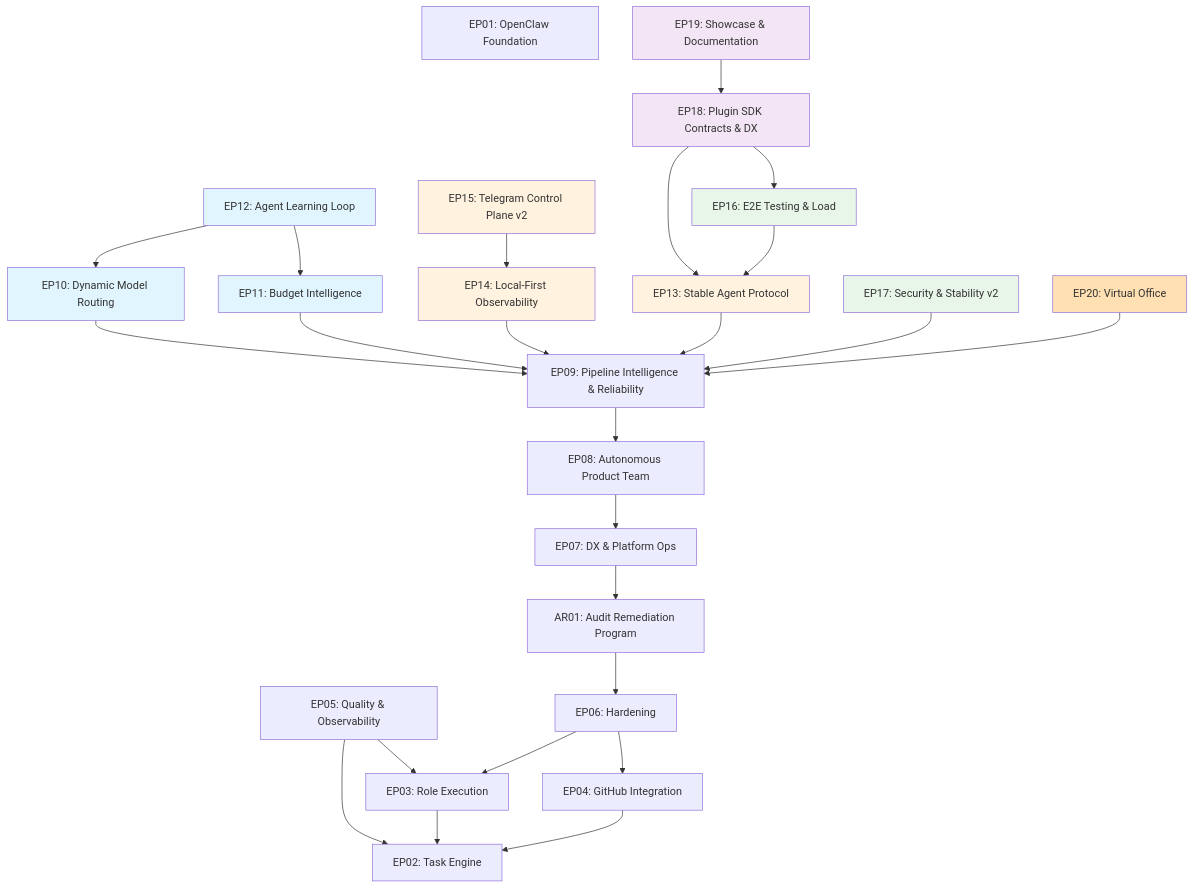
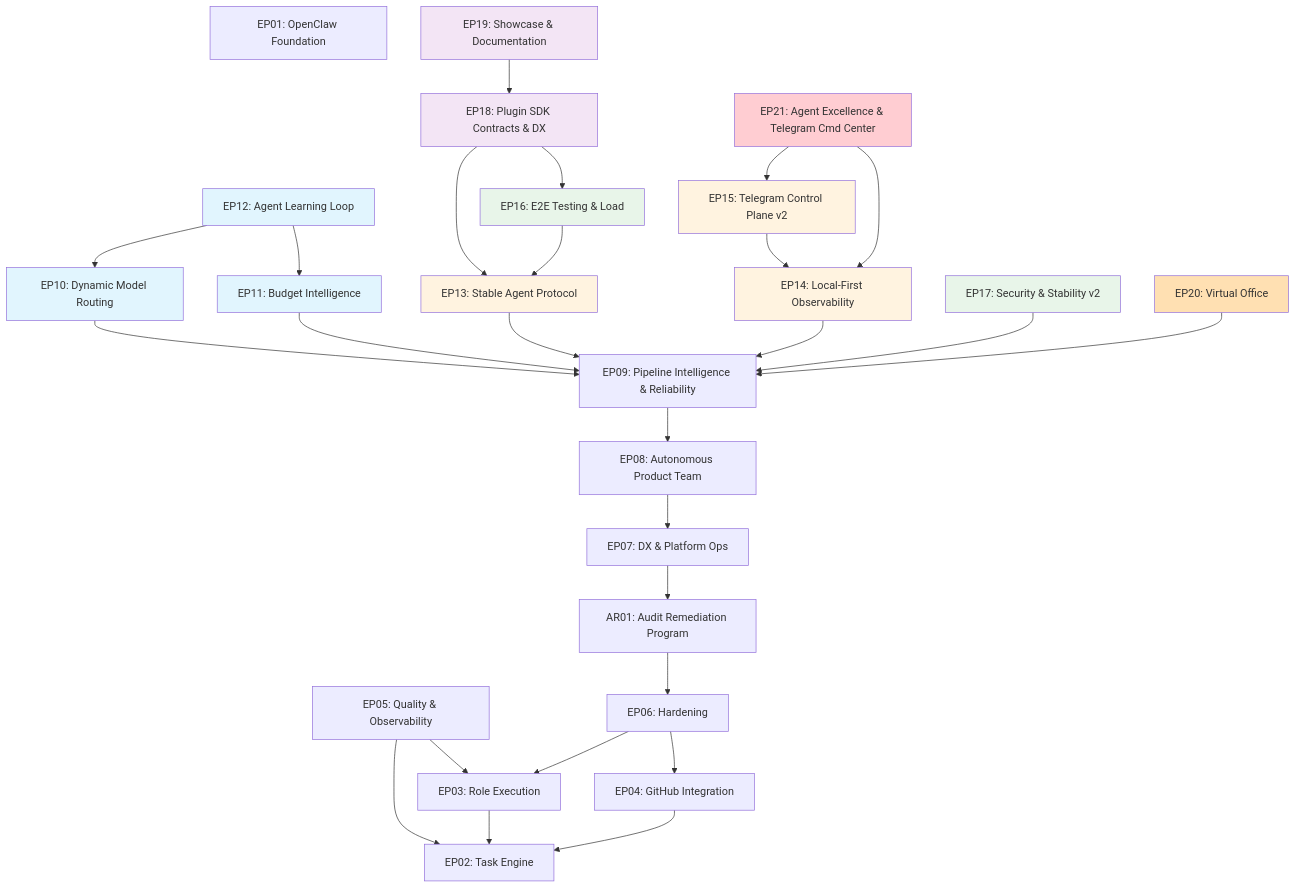
Before and after one commit to Monkey-D-Luisi/vibe-flow: the diagram in docs/roadmap.md, drawn with Mermaid. The commit also changed other lines of this file and 1 other file, not shown here.

First line of the commit message:
docs: add EP21 Agent Excellence & Telegram Command Center epic

````diff
--- a/docs/roadmap.md
+++ b/docs/roadmap.md
@@ -598,51 +645,56 @@
 ```mermaid
 graph TD
   EP01[EP01: OpenClaw Foundation]
   EP02[EP02: Task Engine]
   EP03[EP03: Role Execution] --> EP02
   EP04[EP04: GitHub Integration] --> EP02
   EP05[EP05: Quality & Observability] --> EP02
   EP05 --> EP03
   EP06[EP06: Hardening] --> EP03
   EP06 --> EP04
   AR01[AR01: Audit Remediation Program] --> EP06
   EP07[EP07: DX & Platform Ops] --> AR01
   EP08[EP08: Autonomous Product Team] --> EP07
   EP09[EP09: Pipeline Intelligence & Reliability] --> EP08
 
   %% Phase 10: Adaptive Intelligence
   EP10[EP10: Dynamic Model Routing] --> EP09
   EP11[EP11: Budget Intelligence] --> EP09
   EP12[EP12: Agent Learning Loop] --> EP10
   EP12 --> EP11
 
   %% Phase 11: Protocol & Communication
   EP13[EP13: Stable Agent Protocol] --> EP09
   EP14[EP14: Local-First Observability] --> EP09
   EP15[EP15: Telegram Control Plane v2] --> EP14
 
   %% Phase 12: Quality at Scale
   EP16[EP16: E2E Testing & Load] --> EP13
   EP17[EP17: Security & Stability v2] --> EP09
 
   %% Phase 13: Reference & Community
   EP18[EP18: Plugin SDK Contracts & DX] --> EP13
   EP18 --> EP16
   EP19[EP19: Showcase & Documentation] --> EP18
 
   %% Phase 14: Virtual Office
   EP20[EP20: Virtual Office] --> EP09
 
+  %% Phase 15: Agent Excellence & Telegram Command Center
+  EP21[EP21: Agent Excellence & Telegram Cmd Center] --> EP15
+  EP21 --> EP14
+
   %% Styling
   style EP10 fill:#e1f5fe
   style EP11 fill:#e1f5fe
   style EP12 fill:#e1f5fe
   style EP13 fill:#fff3e0
   style EP14 fill:#fff3e0
   style EP15 fill:#fff3e0
   style EP16 fill:#e8f5e9
   style EP17 fill:#e8f5e9
   style EP18 fill:#f3e5f5
   style EP19 fill:#f3e5f5
   style EP20 fill:#ffe0b2
+  style EP21 fill:#ffcdd2
 ```
````
